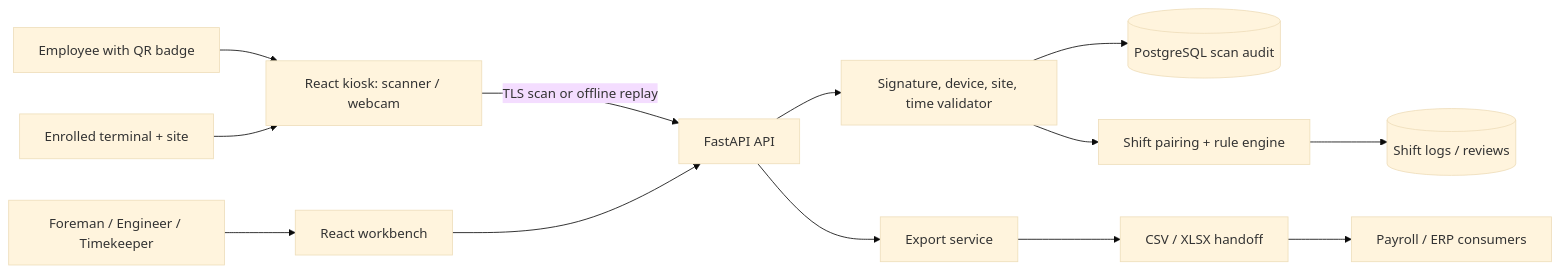
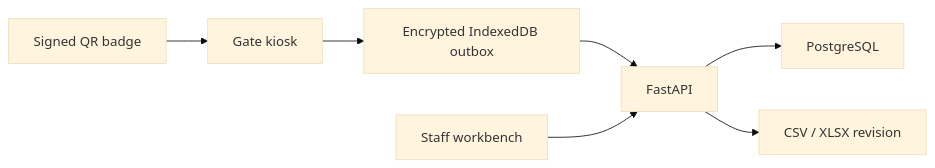
The diagram in docs/architecture/SYSTEM_ARCHITECTURE.md (ariz31/payroll), drawn with Mermaid (base theme) before and after one commit. The commit also changed other lines of this file and 60 other files, not shown here.

Commit message:
Ship SiteGuard workbench, offline kiosk, and Vercel release configuration

````diff
--- a/docs/architecture/SYSTEM_ARCHITECTURE.md
+++ b/docs/architecture/SYSTEM_ARCHITECTURE.md
@@ -7,15 +5,9 @@
 ```mermaid
 flowchart LR
-  E[Employee with QR badge] --> K[React kiosk: scanner / webcam]
-  T[Enrolled terminal + site] --> K
-  K -->|TLS scan or offline replay| A[FastAPI API]
-  A --> G[Signature, device, site, time validator]
-  G --> L[(PostgreSQL scan audit)]
-  G --> S[Shift pairing + rule engine]
-  S --> D[(Shift logs / reviews)]
-  F[Foreman / Engineer / Timekeeper] --> W[React workbench]
-  W --> A
-  A --> X[Export service]
-  X --> P[CSV / XLSX handoff]
-  P --> ERP[Payroll / ERP consumers]
+    B["Signed QR badge"] --> K["Gate kiosk"]
+    K --> Q["Encrypted IndexedDB outbox"]
+    Q --> A["FastAPI"]
+    W["Staff workbench"] --> A
+    A --> P["PostgreSQL"]
+    A --> E["CSV / XLSX revision"]
 ```
````
